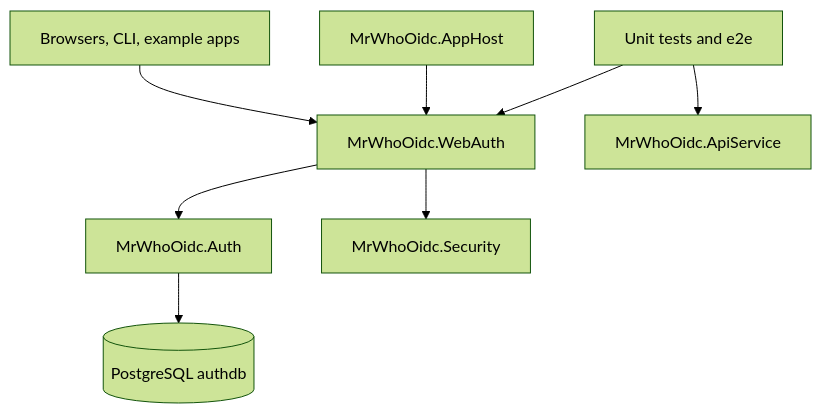
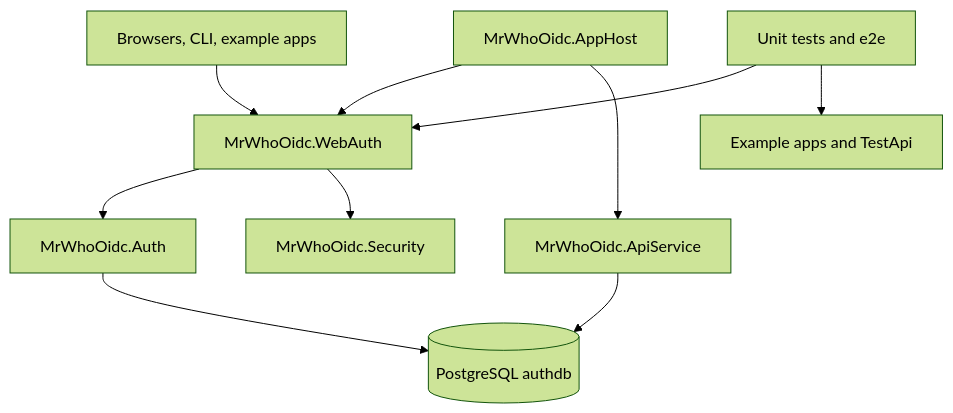
One commit to popicka70/MrWhoOidc changed the diagram in wiki/overview.md. Above: the diagram before and after it, drawn with Mermaid (forest theme). The commit also changed other lines of this file and 304 other files, not shown here.

````diff
--- a/wiki/overview.md
+++ b/wiki/overview.md
@@ -21,10 +21,12 @@
 ```mermaid
 graph TD
   Clients[Browsers, CLI, example apps] --> WebAuth[MrWhoOidc.WebAuth]
   WebAuth --> Auth[MrWhoOidc.Auth]
   WebAuth --> Security[MrWhoOidc.Security]
   Auth --> Db[(PostgreSQL authdb)]
   AppHost[MrWhoOidc.AppHost] --> WebAuth
+  AppHost --> Api[MrWhoOidc.ApiService]
+  Api --> Db
   Tests[Unit tests and e2e] --> WebAuth
-  Tests --> Api[MrWhoOidc.ApiService]
+  Tests --> Examples[Example apps and TestApi]
 ```
````
